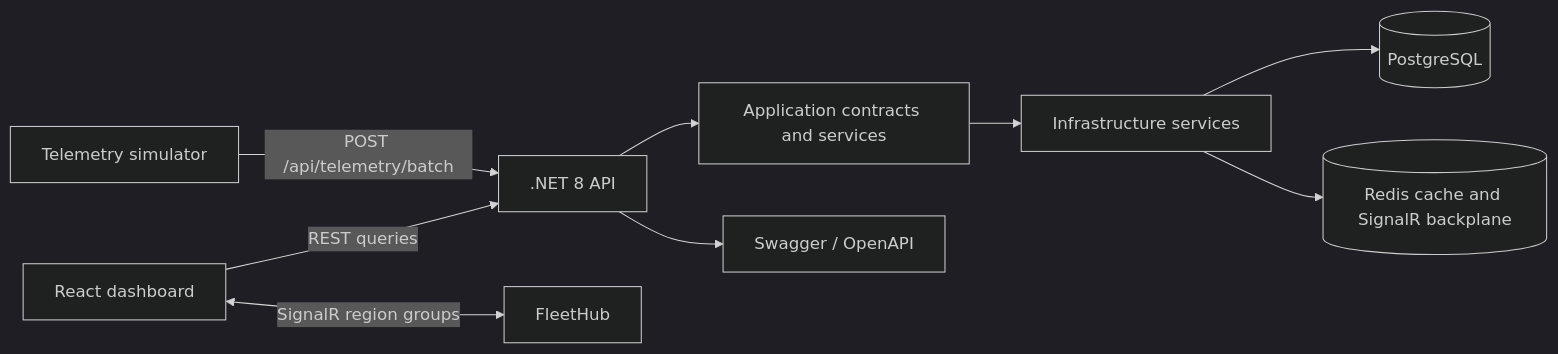
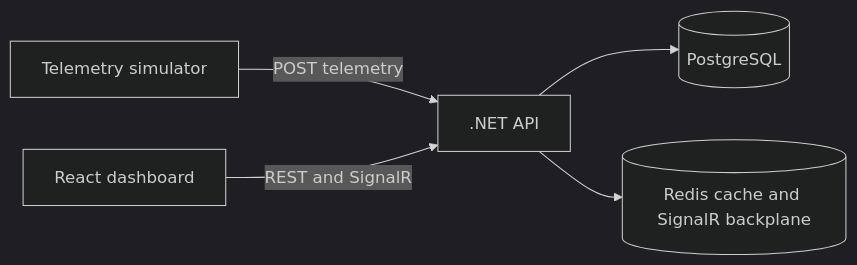
Before and after one commit to aktmahir/aktma-Ops_Dashboard: the diagram in README.md, drawn with Mermaid (dark theme). The commit also changed other lines of this file and 9 other files, not shown here.

````diff
--- a/README.md
+++ b/README.md
@@ -26,11 +16,7 @@
 ```mermaid
 flowchart LR
-    Simulator[Telemetry simulator] -->|POST /api/telemetry/batch| Api[.NET 8 API]
-    Dashboard[React dashboard] -->|REST queries| Api
-    Dashboard <-->|SignalR region groups| Hub[FleetHub]
-    Api --> Application[Application contracts and services]
-    Application --> Infrastructure[Infrastructure services]
-    Infrastructure --> Postgres[(PostgreSQL)]
-    Infrastructure --> Redis[(Redis cache and SignalR backplane)]
-    Api --> Swagger[Swagger / OpenAPI]
+    Simulator[Telemetry simulator] -->|POST telemetry| API[.NET API]
+    Dashboard[React dashboard] -->|REST and SignalR| API
+    API --> PostgreSQL[(PostgreSQL)]
+    API --> Redis[(Redis cache and SignalR backplane)]
 ```
````
